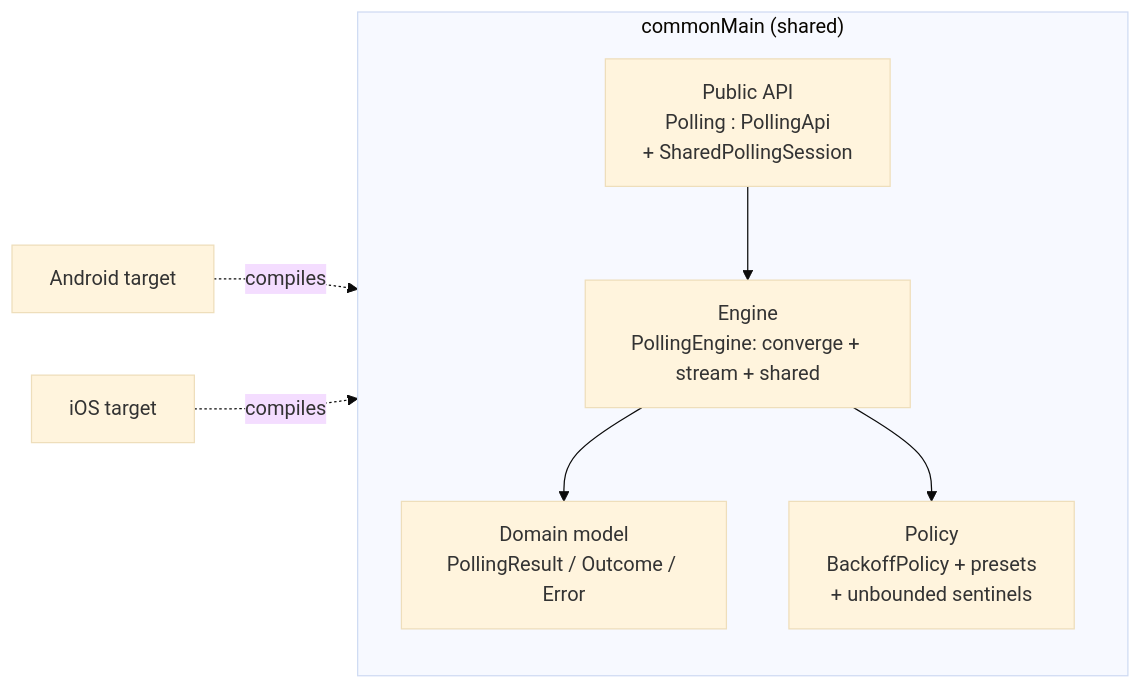
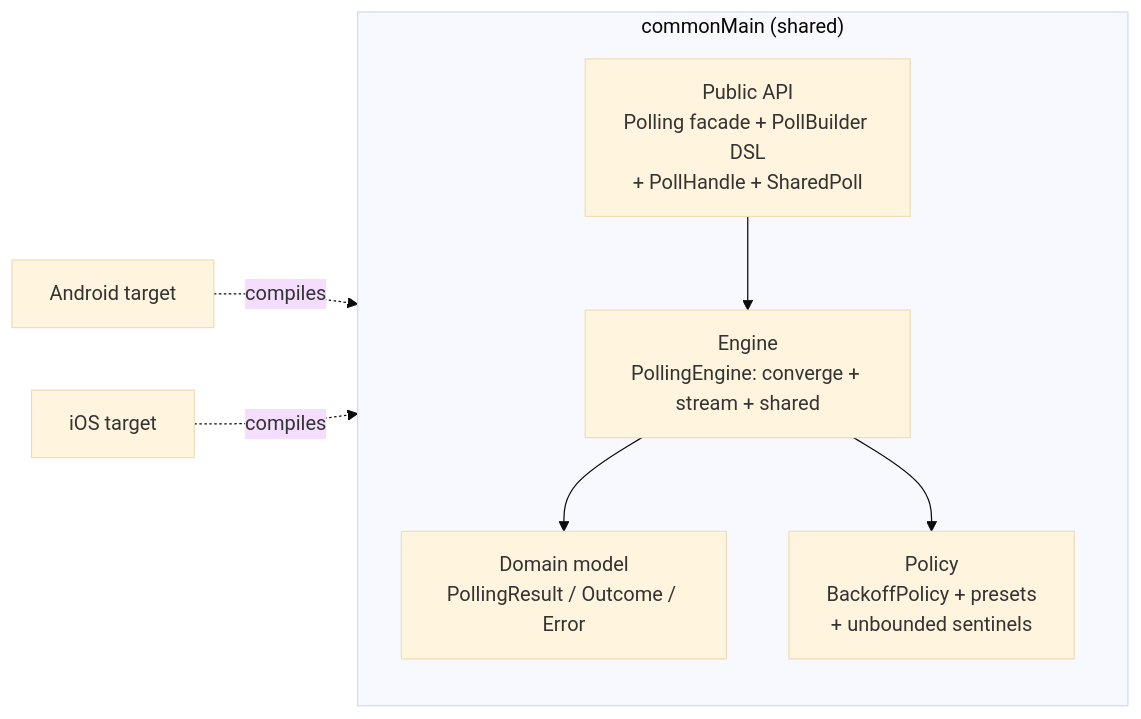
One commit to bosankus/PollingEngine changed the first of 3 diagrams in docs/system-design-pollingengine.md. Above: the diagram before and after it, drawn with Mermaid (base theme). The commit also changed other lines of this file and 38 other files, not shown here.

First line of the commit message:
feat!: Replace API with fluent "reads-like-a-sentence" polling DSL (v1.0.0)

````diff
--- a/docs/system-design-pollingengine.md
+++ b/docs/system-design-pollingengine.md
@@ -126,14 +123,14 @@
 ```mermaid
 flowchart LR
     subgraph commonMain["commonMain (shared)"]
-        A[Public API<br/>Polling : PollingApi<br/>+ SharedPollingSession]
+        A[Public API<br/>Polling facade + PollBuilder DSL<br/>+ PollHandle + SharedPoll]
         B[Domain model<br/>PollingResult / Outcome / Error]
         C[Engine<br/>PollingEngine: converge + stream + shared]
         D[Policy<br/>BackoffPolicy + presets<br/>+ unbounded sentinels]
     end
     A --> C
     C --> B
     C --> D
     AND[Android target] -.compiles.-> commonMain
     IOS[iOS target] -.compiles.-> commonMain
 ```
````
